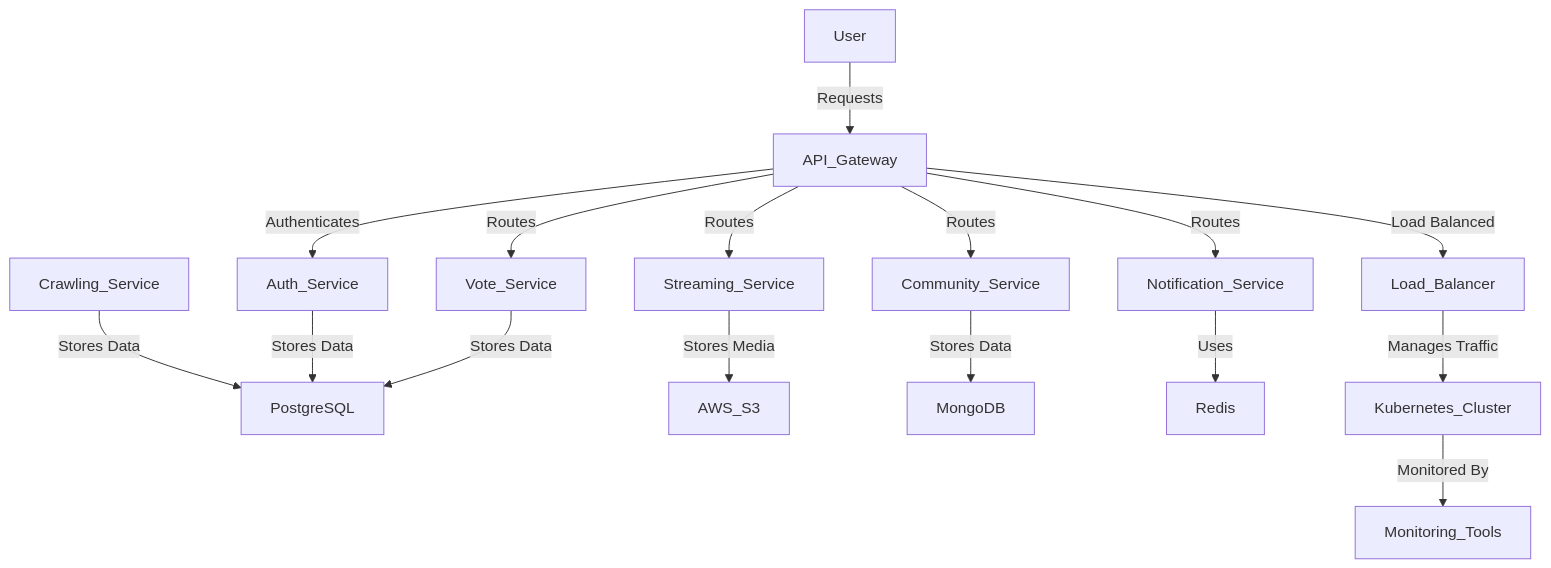
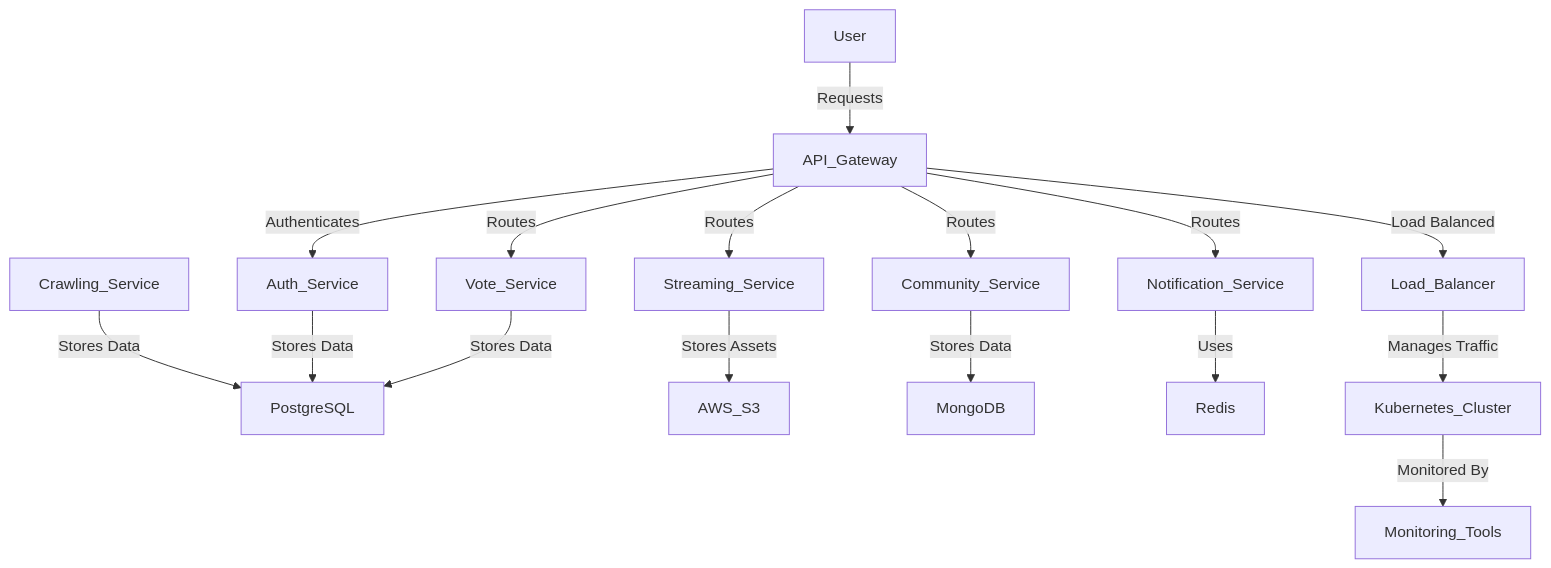
Before and after one commit to jskjw157/FanPulse: the second of 2 diagrams in doc/프로젝트_기획서.md, drawn with Mermaid. The commit also changed other lines of this file and 20 other files, not shown here.

````diff
--- a/doc/프로젝트_기획서.md
+++ b/doc/프로젝트_기획서.md
@@ -116,19 +116,19 @@
 ```mermaid
 graph TD;
     User -->|Requests| API_Gateway
     API_Gateway -->|Authenticates| Auth_Service
     API_Gateway -->|Routes| Vote_Service
     API_Gateway -->|Routes| Streaming_Service
     API_Gateway -->|Routes| Community_Service
     API_Gateway -->|Routes| Notification_Service
     Crawling_Service -->|Stores Data| PostgreSQL
 
     Auth_Service -->|Stores Data| PostgreSQL
     Vote_Service -->|Stores Data| PostgreSQL
-    Streaming_Service -->|Stores Media| AWS_S3
+    Streaming_Service -->|Stores Assets| AWS_S3
     Community_Service -->|Stores Data| MongoDB
     Notification_Service -->|Uses| Redis
     API_Gateway -->|Load Balanced| Load_Balancer
     Load_Balancer -->|Manages Traffic| Kubernetes_Cluster
     Kubernetes_Cluster -->|Monitored By| Monitoring_Tools
 ```
````
